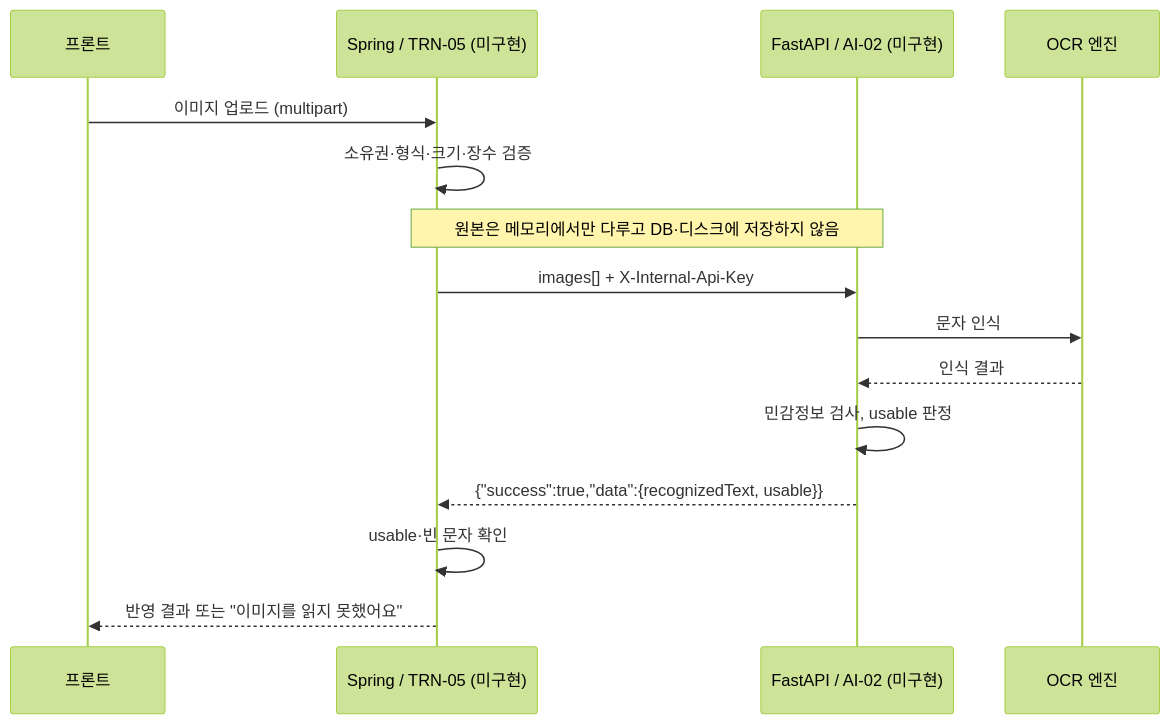
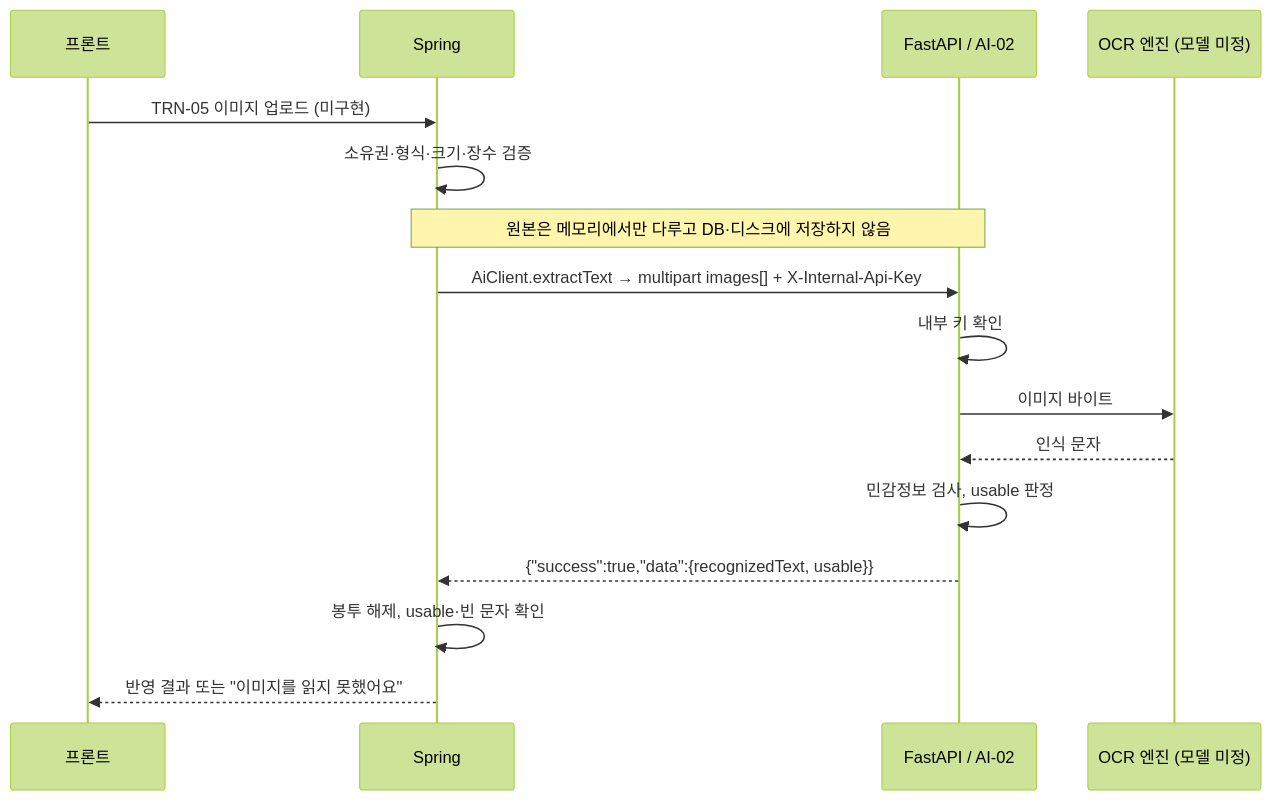
The first of 2 diagrams in docs/ai-02-ocr.md (geumsappa/WSID_BE), drawn with Mermaid (forest theme) before and after one commit. The commit also changed other lines of this file and 2 other files, not shown here.

First line of the commit message:
docs: AI-02 개발 과정·설계 결정·FastAPI 연동 예시 보강

````diff
--- a/docs/ai-02-ocr.md
+++ b/docs/ai-02-ocr.md
@@ -21,17 +27,18 @@
 ```mermaid
 sequenceDiagram
     participant FE as 프론트
-    participant Spring as Spring / TRN-05 (미구현)
-    participant AI as FastAPI / AI-02 (미구현)
-    participant OCR as OCR 엔진
-    FE->>Spring: 이미지 업로드 (multipart)
+    participant Spring as Spring
+    participant AI as FastAPI / AI-02
+    participant OCR as OCR 엔진 (모델 미정)
+    FE->>Spring: TRN-05 이미지 업로드 (미구현)
     Spring->>Spring: 소유권·형식·크기·장수 검증
     Note over Spring,AI: 원본은 메모리에서만 다루고 DB·디스크에 저장하지 않음
-    Spring->>AI: images[] + X-Internal-Api-Key
-    AI->>OCR: 문자 인식
-    OCR-->>AI: 인식 결과
+    Spring->>AI: AiClient.extractText → multipart images[] + X-Internal-Api-Key
+    AI->>AI: 내부 키 확인
+    AI->>OCR: 이미지 바이트
+    OCR-->>AI: 인식 문자
     AI->>AI: 민감정보 검사, usable 판정
     AI-->>Spring: {"success":true,"data":{recognizedText, usable}}
-    Spring->>Spring: usable·빈 문자 확인
+    Spring->>Spring: 봉투 해제, usable·빈 문자 확인
     Spring-->>FE: 반영 결과 또는 "이미지를 읽지 못했어요"
 ```
````
